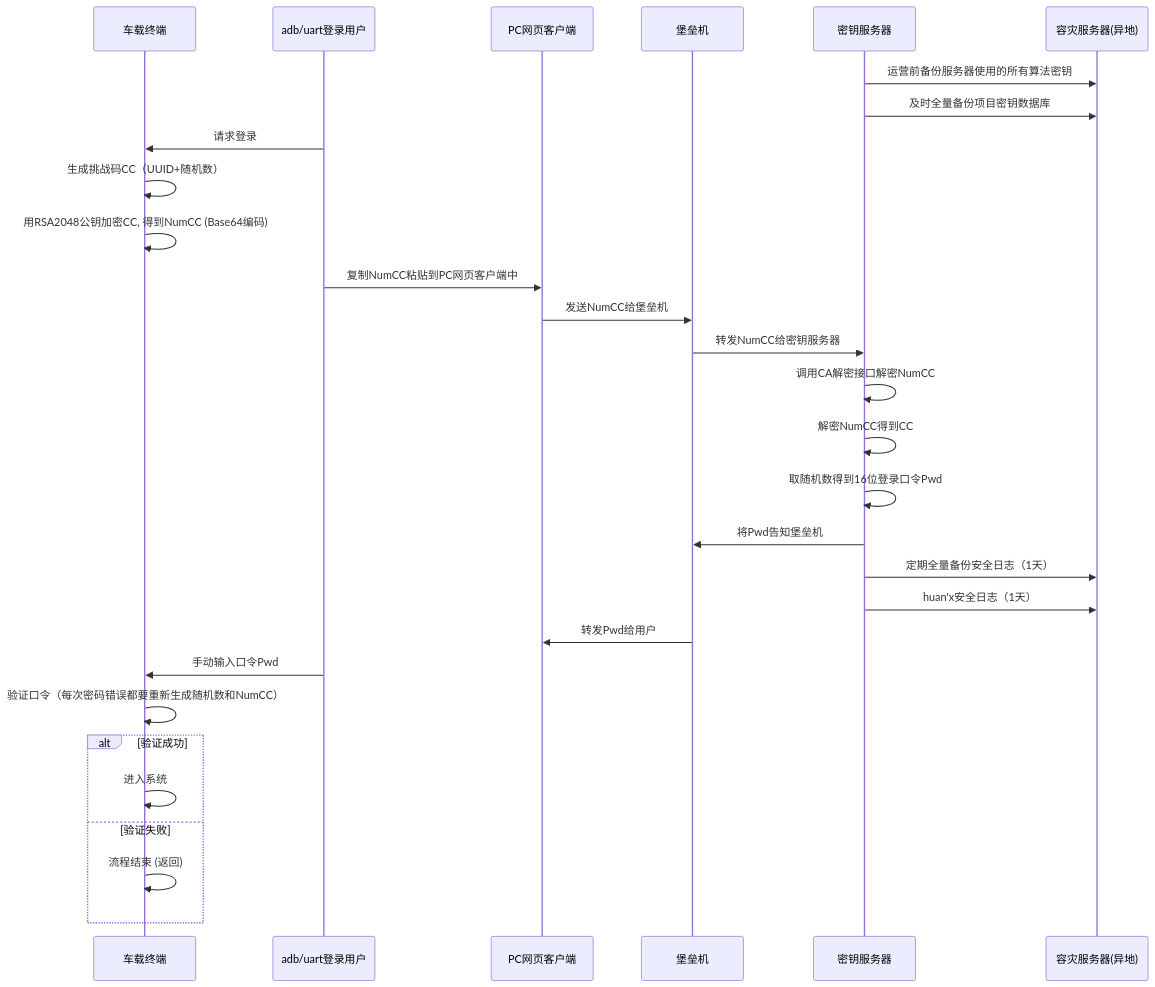
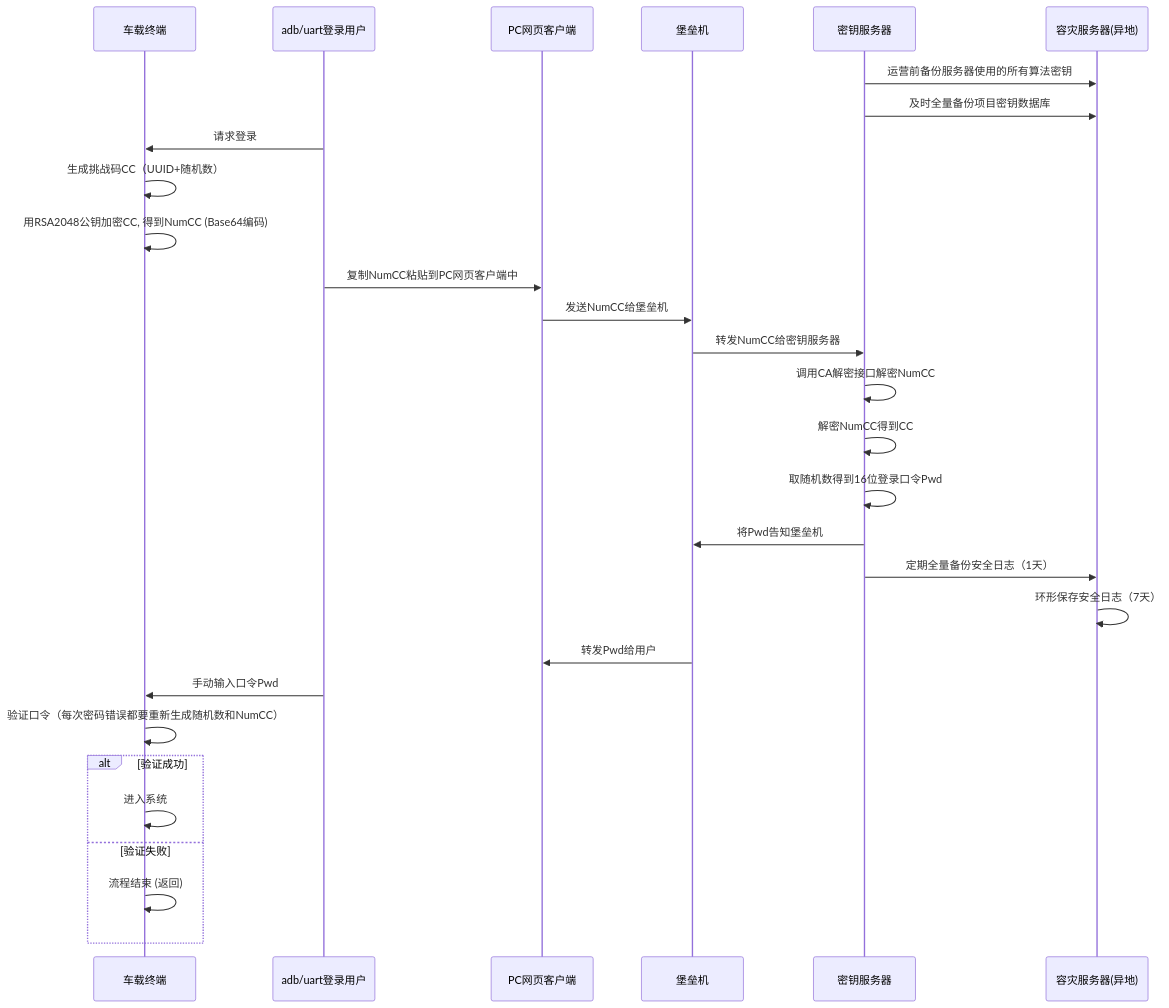
One commit to facebook-cloud/iodraw-files changed the diagram in all/未命名-19.md. Above: the diagram before and after it, drawn with Mermaid.

Commit message:
2026-03-16 16:48:04 update

````diff
--- a/all/未命名-19.md
+++ b/all/未命名-19.md
@@ -1,36 +1,36 @@
 ```mermaid
 sequenceDiagram
     participant tbox as 车载终端
     participant user as adb/uart登录用户
     participant pc as PC网页客户端
     participant bastion as 堡垒机
     participant tech_center as 密钥服务器
     participant backup as 容灾服务器(异地)
   
     tech_center->>backup: 运营前备份服务器使用的所有算法密钥
     tech_center->>backup: 及时全量备份项目密钥数据库
 
     user->>tbox: 请求登录
     tbox->>tbox: 生成挑战码CC（UUID+随机数）
     tbox->>tbox: 用RSA2048公钥加密CC, 得到NumCC (Base64编码)
     user->>pc: 复制NumCC粘贴到PC网页客户端中
     pc->>bastion: 发送NumCC给堡垒机
     bastion->>tech_center: 转发NumCC给密钥服务器
     tech_center->>tech_center: 调用CA解密接口解密NumCC
     tech_center->>tech_center: 解密NumCC得到CC
     tech_center->>tech_center: 取随机数得到16位登录口令Pwd
     tech_center->>bastion: 将Pwd告知堡垒机
 
     tech_center->>backup: 定期全量备份安全日志（1天）
-    tech_center->>backup: huan'x安全日志（1天）
+    backup->>backup: 环形保存安全日志（7天）
     bastion->>pc: 转发Pwd给用户
     user->>tbox: 手动输入口令Pwd
     tbox->>tbox: 验证口令（每次密码错误都要重新生成随机数和NumCC）
     alt 验证成功
         tbox->>tbox: 进入系统
     else 验证失败
         tbox->>tbox: 流程结束 (返回)
     end
 
 
 ```
````
